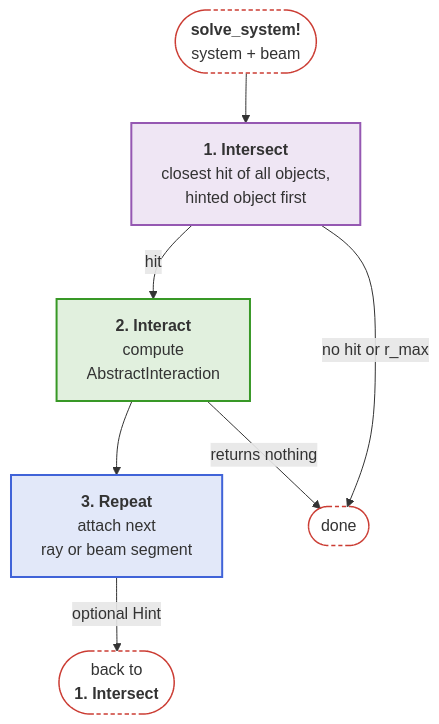
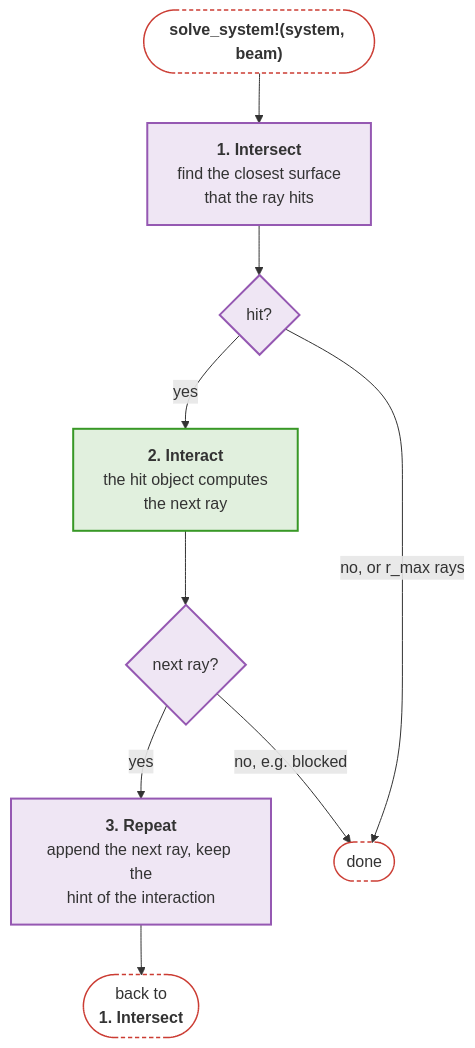
The first of 7 diagrams in docs/src/api/core.md (JuliaPhysics/BeamletOptics.jl), drawn with Mermaid before and after one commit. The commit also changed other lines of this file, not shown here.

Commit message:
Docs: core.md diagrams of the solver as plain yes/no flows, trace_all split into search and object hit, order of coincident hits stated

````diff
--- a/docs/src/api/core.md
+++ b/docs/src/api/core.md
@@ -15,18 +15,25 @@
 ```mermaid
 flowchart TB
-    S(["<b>solve_system!</b><br/>system + beam"]) --> I
-    I["<b>1. Intersect</b><br/>closest hit of all objects,<br/>hinted object first"] -- hit --> X["<b>2. Interact</b><br/>compute<br/>AbstractInteraction"]
-    X --> R["<b>3. Repeat</b><br/>attach next<br/>ray or beam segment"]
-    R -- "optional Hint" --> B(["back to<br/><b>1. Intersect</b>"])
-    I -- "no hit or r_max" --> E([done])
-    X -- "returns nothing" --> E
+    S(["<b>solve_system!(system, beam)</b>"])
+    I["<b>1. Intersect</b><br/>find the closest surface<br/>that the ray hits"]
+    Q1{"hit?"}
+    X["<b>2. Interact</b><br/>the hit object computes<br/>the next ray"]
+    Q2{"next ray?"}
+    R["<b>3. Repeat</b><br/>append the next ray, keep the<br/>hint of the interaction"]
+    B(["back to<br/><b>1. Intersect</b>"])
+    E(["done"])
+
+    S --> I --> Q1
+    Q1 -- yes --> X --> Q2
+    Q1 -- "no, or r_max rays" --> E
+    Q2 -- yes --> R --> B
+    Q2 -- "no, e.g. blocked" --> E
 
     classDef blue fill:#4063D826,stroke:#4063D8,stroke-width:2px
     classDef green fill:#38982626,stroke:#389826,stroke-width:2px
     classDef purple fill:#9558B226,stroke:#9558B2,stroke-width:2px
     classDef terminal fill:transparent,stroke:#CB3C33,stroke-width:1.5px,stroke-dasharray:4 3
-    class I purple
+    class I,Q1,Q2,R purple
     class X green
-    class R blue
     class S,E,B terminal
 ```
````
